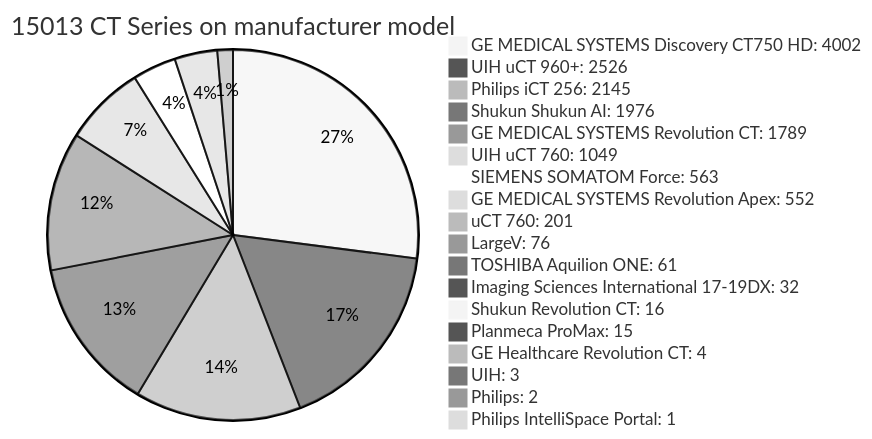
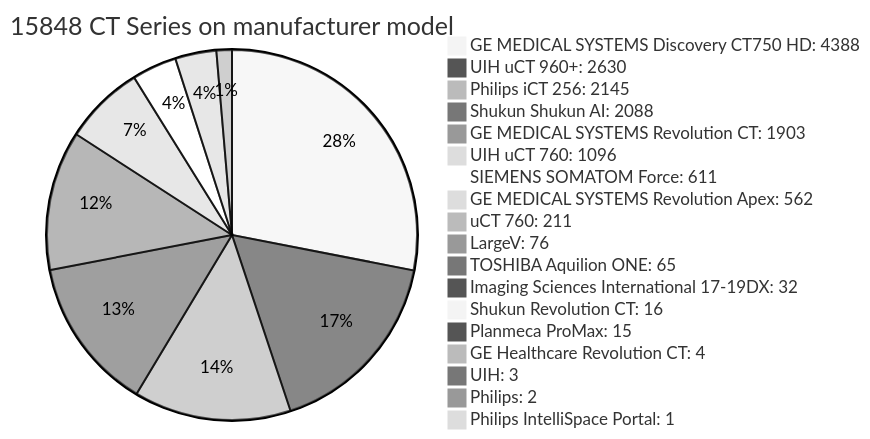
Before and after one commit to doidio/nonapx: diagram 24 of 27 in a1_raw_dicom.md, drawn with Mermaid (neutral theme). The commit also changed other lines of this file and 1 other file, not shown here.

````diff
--- a/a1_raw_dicom.md
+++ b/a1_raw_dicom.md
@@ -234,21 +210,21 @@
 ```mermaid
-pie title 15013 CT Series on manufacturer model
-    "GE MEDICAL SYSTEMS Discovery CT750 HD: 4002" : 4002
-    "UIH uCT 960+: 2526" : 2526
+pie title 15848 CT Series on manufacturer model
+    "GE MEDICAL SYSTEMS Discovery CT750 HD: 4388" : 4388
+    "UIH uCT 960+: 2630" : 2630
     "Philips iCT 256: 2145" : 2145
-    "Shukun Shukun AI: 1976" : 1976
-    "GE MEDICAL SYSTEMS Revolution CT: 1789" : 1789
-    "UIH uCT 760: 1049" : 1049
-    "SIEMENS SOMATOM Force: 563" : 563
-    "GE MEDICAL SYSTEMS Revolution Apex: 552" : 552
-    "uCT 760: 201" : 201
+    "Shukun Shukun AI: 2088" : 2088
+    "GE MEDICAL SYSTEMS Revolution CT: 1903" : 1903
+    "UIH uCT 760: 1096" : 1096
+    "SIEMENS SOMATOM Force: 611" : 611
+    "GE MEDICAL SYSTEMS Revolution Apex: 562" : 562
+    "uCT 760: 211" : 211
     "LargeV: 76" : 76
-    "TOSHIBA Aquilion ONE: 61" : 61
+    "TOSHIBA Aquilion ONE: 65" : 65
     "Imaging Sciences International 17-19DX: 32" : 32
     "Shukun Revolution CT: 16" : 16
     "Planmeca ProMax: 15" : 15
     "GE Healthcare Revolution CT: 4" : 4
     "UIH: 3" : 3
     "Philips: 2" : 2
     "Philips IntelliSpace Portal: 1" : 1
 ```
````
